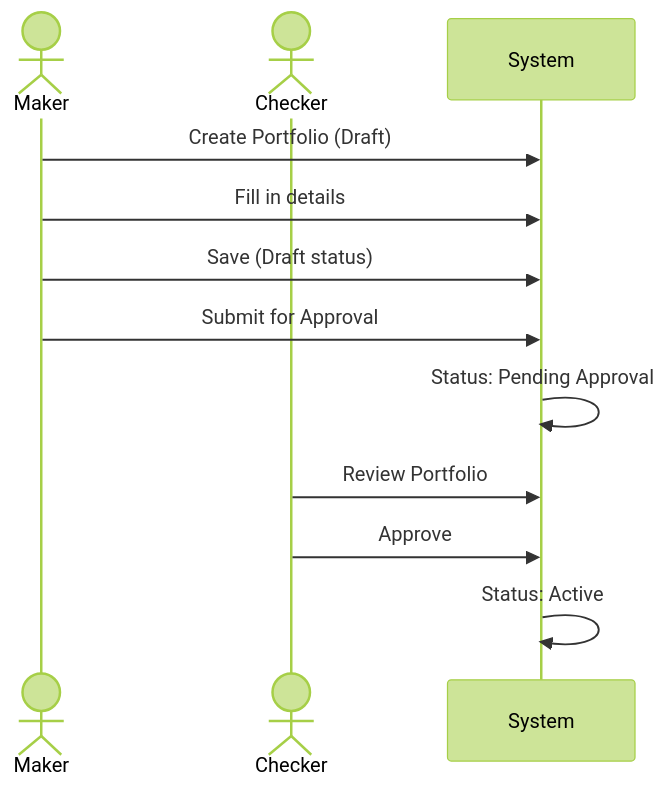
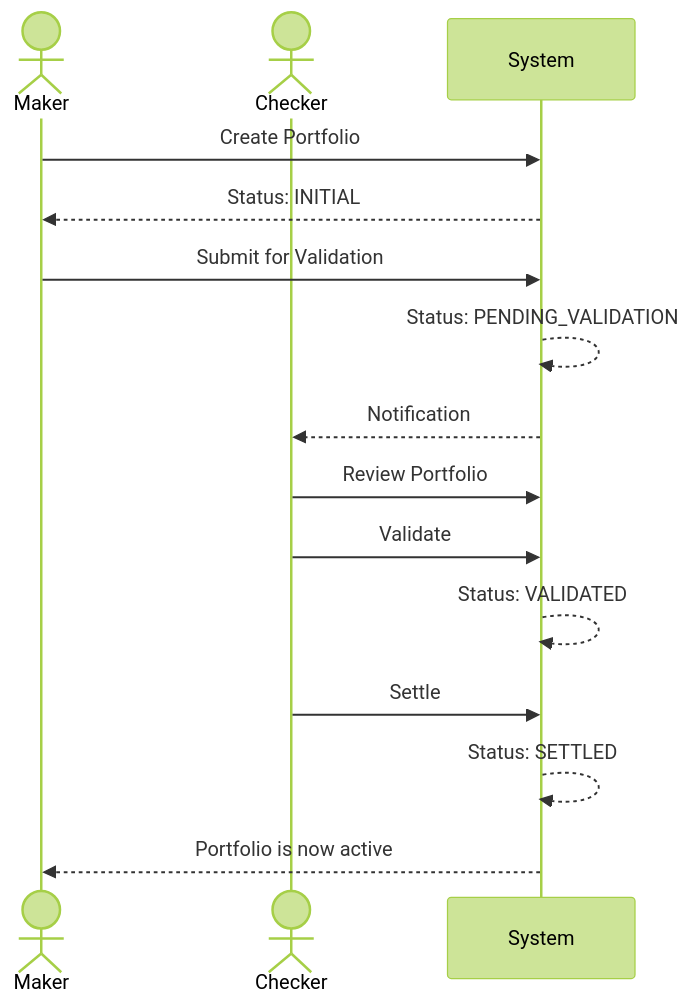
The second of 2 diagrams in cis_trade_hive/docs/docs/business/portfolio-management.md (lifeislearningforever/Trade_Management_System), drawn with Mermaid (forest theme) before and after one commit. The commit also changed other lines of this file and 43 other files, not shown here.

````diff
--- a/cis_trade_hive/docs/docs/business/portfolio-management.md
+++ b/cis_trade_hive/docs/docs/business/portfolio-management.md
@@ -251,15 +275,18 @@
 ```mermaid
 sequenceDiagram
     actor Maker
     actor Checker
     participant System
 
-    Maker->>System: Create Portfolio (Draft)
-    Maker->>System: Fill in details
-    Maker->>System: Save (Draft status)
-    Maker->>System: Submit for Approval
-    System->>System: Status: Pending Approval
+    Maker->>System: Create Portfolio
+    System-->>Maker: Status: INITIAL
+    Maker->>System: Submit for Validation
+    System-->>System: Status: PENDING_VALIDATION
+    System-->>Checker: Notification
     Checker->>System: Review Portfolio
-    Checker->>System: Approve
-    System->>System: Status: Active
+    Checker->>System: Validate
+    System-->>System: Status: VALIDATED
+    Checker->>System: Settle
+    System-->>System: Status: SETTLED
+    System-->>Maker: Portfolio is now active
 ```
````
